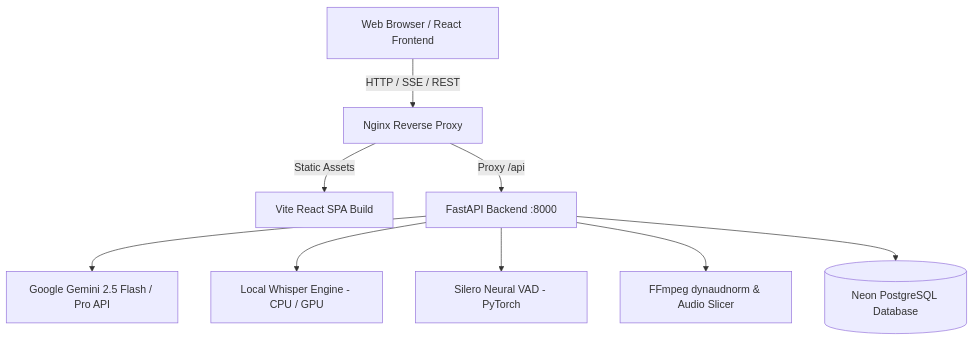
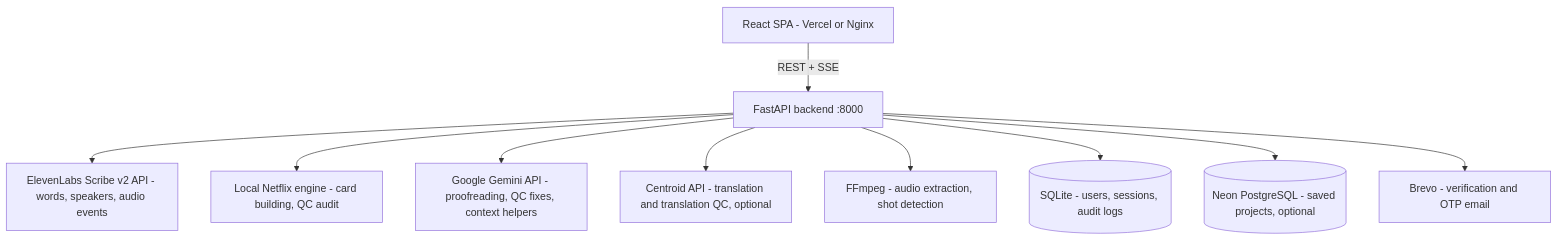
The diagram in DEVELOPER.md (verbocat/Transcribe), drawn with Mermaid before and after one commit. The commit also changed other lines of this file and 1 other file, not shown here.

First line of the commit message:
Update README and DEVELOPER docs for the ElevenLabs Scribe pipeline

````diff
--- a/DEVELOPER.md
+++ b/DEVELOPER.md
@@ -9,12 +9,13 @@
 ```mermaid
 graph TD
-    Client[Web Browser / React Frontend] -->|HTTP / SSE / REST| Nginx[Nginx Reverse Proxy]
-    Nginx -->|Static Assets| ViteDist[Vite React SPA Build]
-    Nginx -->|Proxy /api| FastAPI[FastAPI Backend :8000]
-    
-    FastAPI --> Gemini[Google Gemini 2.5 Flash / Pro API]
-    FastAPI --> Whisper[Local Whisper Engine - CPU / GPU]
-    FastAPI --> VAD[Silero Neural VAD - PyTorch]
-    FastAPI --> FFmpeg[FFmpeg dynaudnorm & Audio Slicer]
-    FastAPI --> DB[(Neon PostgreSQL Database)]
+    Client[React SPA - Vercel or Nginx] -->|REST + SSE| FastAPI[FastAPI backend :8000]
+
+    FastAPI --> Scribe[ElevenLabs Scribe v2 API - words, speakers, audio events]
+    FastAPI --> Engine[Local Netflix engine - card building, QC audit]
+    FastAPI --> Gemini[Google Gemini API - proofreading, QC fixes, context helpers]
+    FastAPI --> Centroid[Centroid API - translation and translation QC, optional]
+    FastAPI --> FFmpeg[FFmpeg - audio extraction, shot detection]
+    FastAPI --> AuthDB[(SQLite - users, sessions, audit logs)]
+    FastAPI --> ProjDB[(Neon PostgreSQL - saved projects, optional)]
+    FastAPI --> Brevo[Brevo - verification and OTP email]
 ```
````
